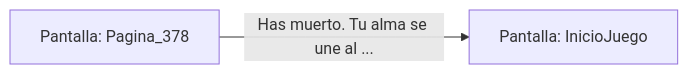
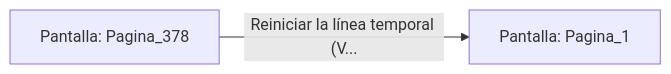
One commit to metsuke/mpl changed the diagram in sample/eligejuego-vault/Pantalla_Pagina_378.md. Above: the diagram before and after it, drawn with Mermaid. The commit also changed other lines of this file and 635 other files, not shown here.

First line of the commit message:
fix: añadir Pagina_1 como pantalla inicial en capitulo_01.mpl

````diff
--- a/sample/eligejuego-vault/Pantalla_Pagina_378.md
+++ b/sample/eligejuego-vault/Pantalla_Pagina_378.md
@@ -17,5 +17,5 @@
 ```mermaid
 graph LR
     P_Pagina_378["Pantalla: Pagina_378"]
-    P_Pagina_378 -->|"Has muerto. Tu alma se une al ..."| P_InicioJuego["Pantalla: InicioJuego"]
+    P_Pagina_378 -->|"Reiniciar la línea temporal (V..."| P_Pagina_1["Pantalla: Pagina_1"]
 ```
````
